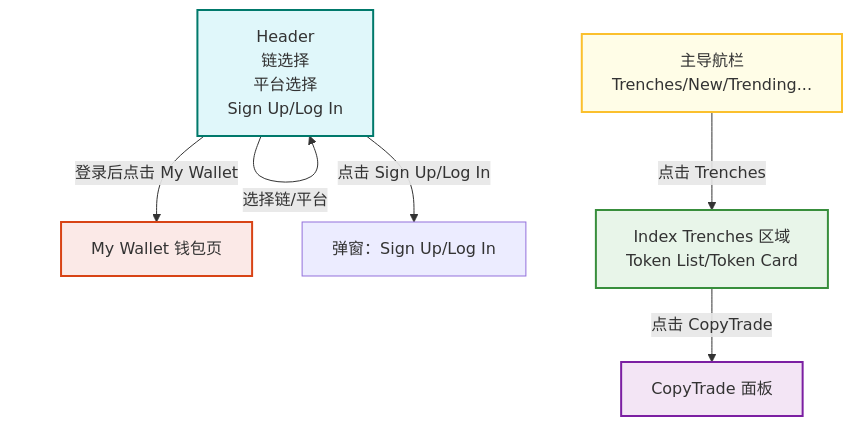
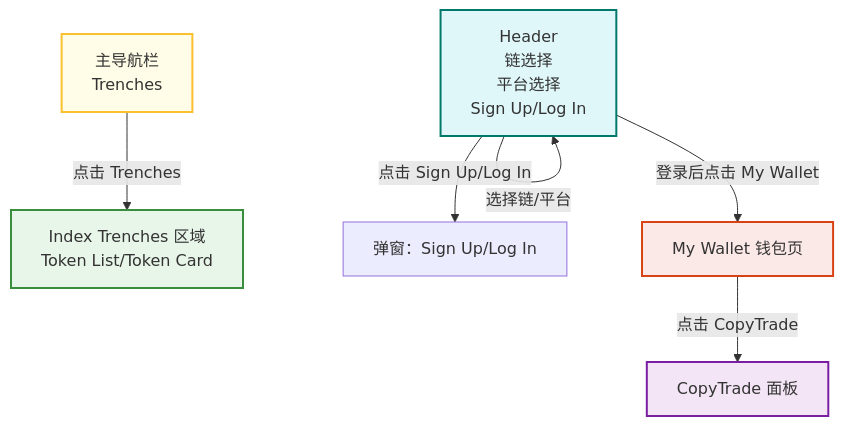
One commit to EthanYangHIT/gmgn-react-clone-486229b0 changed the diagram in README.md. Above: the diagram before and after it, drawn with Mermaid.

````diff
--- a/README.md
+++ b/README.md
@@ -13,20 +13,20 @@
 ```mermaid
 flowchart TD
     A[Header<br/>链选择<br/>平台选择<br/>Sign Up/Log In]:::header
-    B[主导航栏<br/>Trenches/New/Trending...]:::nav
+    B[主导航栏<br/>Trenches]:::nav
     C[Index Trenches 区域<br/>Token List/Token Card]:::main
+    E[My Wallet 钱包页]:::wallet
     D[CopyTrade 面板]:::panel
-    E[My Wallet 钱包页]:::wallet
 
     A -- 点击 Sign Up/Log In --> F[弹窗：Sign Up/Log In]
     A -- 选择链/平台 --> A
     B -- 点击 Trenches --> C
-    C -- 点击 CopyTrade --> D
     A -- 登录后点击 My Wallet --> E
+    E -- 点击 CopyTrade --> D
 
     classDef header fill:#e0f7fa,stroke:#00796b,stroke-width:2px;
     classDef nav fill:#fffde7,stroke:#fbc02d,stroke-width:2px;
     classDef main fill:#e8f5e9,stroke:#388e3c,stroke-width:2px;
     classDef panel fill:#f3e5f5,stroke:#7b1fa2,stroke-width:2px;
     classDef wallet fill:#fbe9e7,stroke:#d84315,stroke-width:2px;
 ```
````
